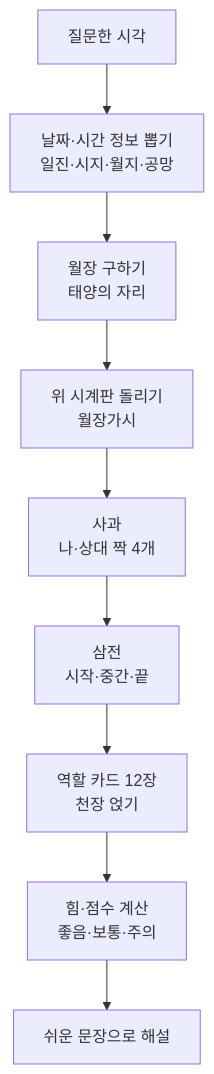
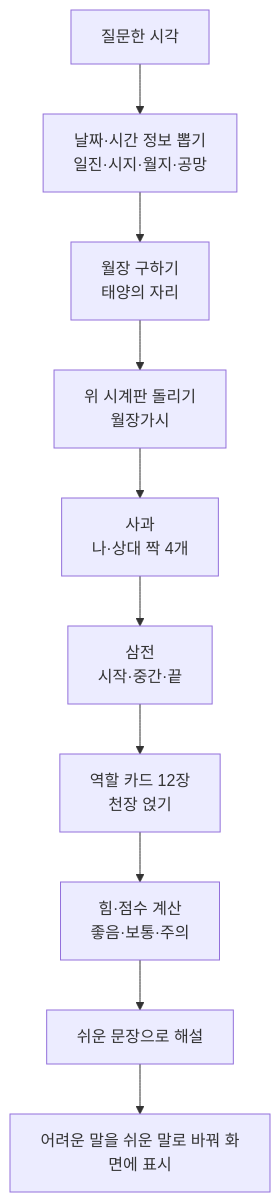
One commit to Kreuznach/Today-LiuRen changed the diagram in docs/HOW_LIUREN_WORKS.md. Above: the diagram before and after it, drawn with Mermaid. The commit also changed other lines of this file and 15 other files, not shown here.

````diff
--- a/docs/HOW_LIUREN_WORKS.md
+++ b/docs/HOW_LIUREN_WORKS.md
@@ -167,11 +190,12 @@
 ```mermaid
 flowchart TD
     A[질문한 시각] --> B[날짜·시간 정보 뽑기<br/>일진·시지·월지·공망]
     B --> C[월장 구하기<br/>태양의 자리]
     C --> D[위 시계판 돌리기<br/>월장가시]
     D --> E[사과<br/>나·상대 짝 4개]
     E --> F[삼전<br/>시작·중간·끝]
     F --> G[역할 카드 12장<br/>천장 얹기]
     G --> H[힘·점수 계산<br/>좋음·보통·주의]
     H --> I[쉬운 문장으로 해설]
+    I --> J[어려운 말을 쉬운 말로 바꿔 화면에 표시]
 ```
````
